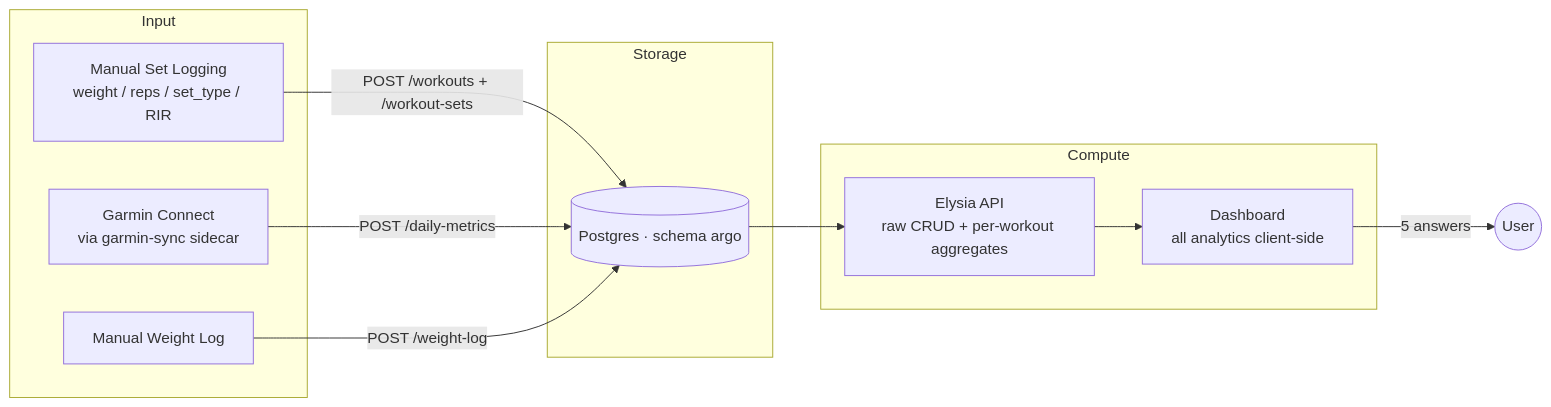
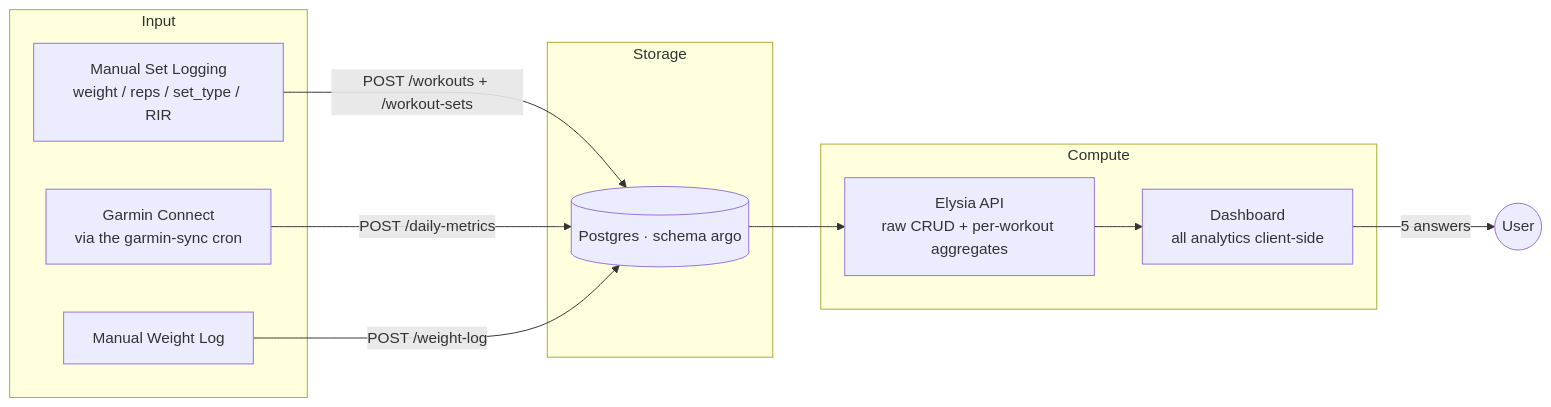
The diagram in docs/STRENGTH-ANALYTICS.md (jkrumm/argo), drawn with Mermaid before and after one commit. The commit also changed 33 other files, not shown here.

````diff
--- a/docs/STRENGTH-ANALYTICS.md
+++ b/docs/STRENGTH-ANALYTICS.md
@@ -59,20 +59,20 @@
 ```mermaid
 graph LR
   subgraph Input
     UI[Manual Set Logging<br/>weight / reps / set_type / RIR]
-    GC[Garmin Connect<br/>via garmin-sync sidecar]
+    GC[Garmin Connect<br/>via the garmin-sync cron]
     WL[Manual Weight Log]
   end
   subgraph Storage
     DB[(Postgres · schema argo)]
   end
   subgraph Compute
     API[Elysia API<br/>raw CRUD + per-workout aggregates]
     CLIENT[Dashboard<br/>all analytics client-side]
   end
   UI -->|POST /workouts + /workout-sets| DB
   GC -->|POST /daily-metrics| DB
   WL -->|POST /weight-log| DB
   DB --> API --> CLIENT
   CLIENT -->|5 answers| USER((User))
 ```
````
